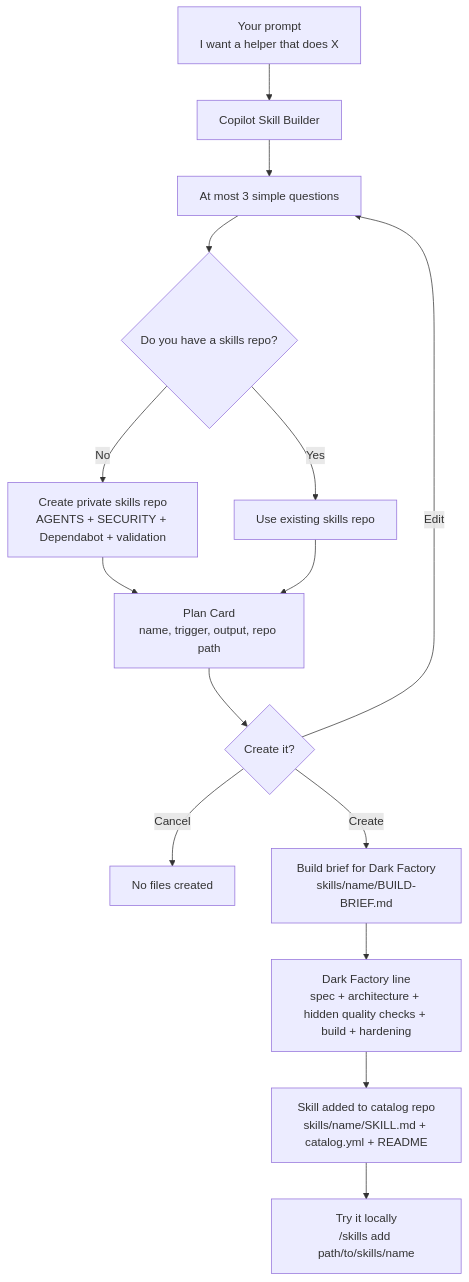
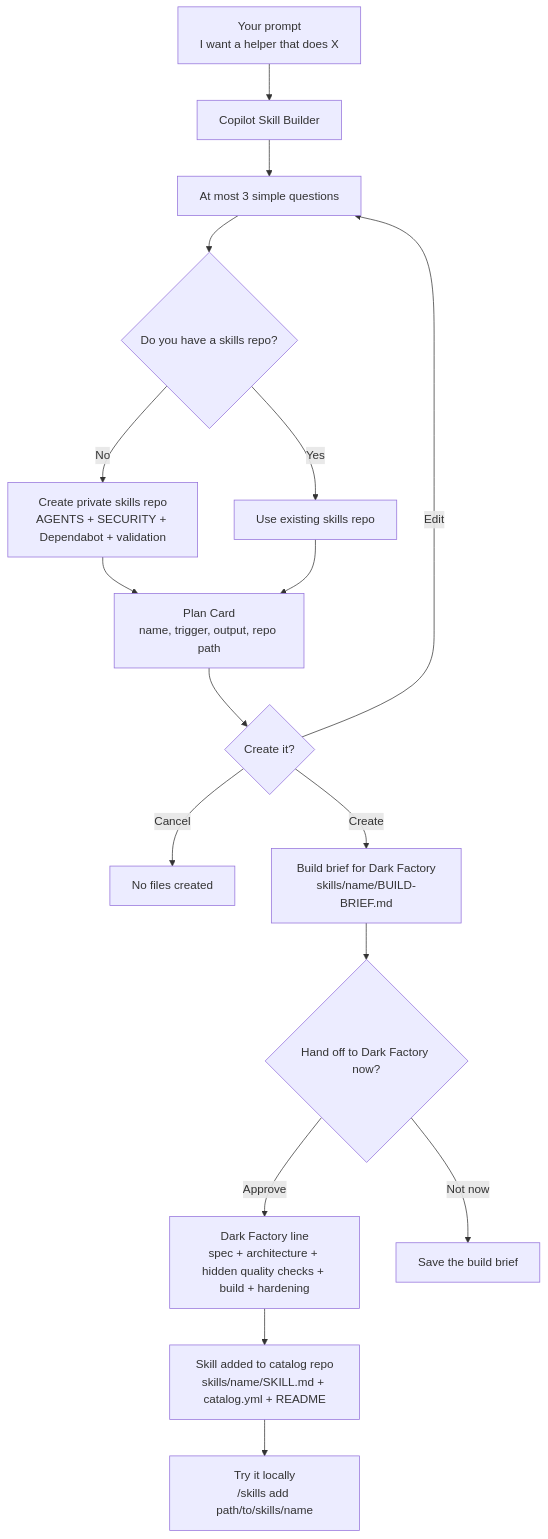
Before and after one commit to DUBSOpenHub/copilot-skill-builder: the diagram in README.md, drawn with Mermaid. The commit also changed other lines of this file and 4 other files, not shown here.

Commit message:
Make Dark Factory handoff seamless

````diff
--- a/README.md
+++ b/README.md
@@ -46,17 +49,19 @@
 ```mermaid
 flowchart TD
     A["Your prompt<br/>I want a helper that does X"] --> B["Copilot Skill Builder"]
     B --> C["At most 3 simple questions"]
     C --> D{"Do you have a skills repo?"}
     D -- No --> E["Create private skills repo<br/>AGENTS + SECURITY + Dependabot + validation"]
     D -- Yes --> F["Use existing skills repo"]
     E --> G["Plan Card<br/>name, trigger, output, repo path"]
     F --> G
     G --> H{"Create it?"}
     H -- Edit --> C
     H -- Cancel --> Z["No files created"]
     H -- Create --> I["Build brief for Dark Factory<br/>skills/name/BUILD-BRIEF.md"]
-    I --> J["Dark Factory line<br/>spec + architecture + hidden quality checks + build + hardening"]
-    J --> K["Skill added to catalog repo<br/>skills/name/SKILL.md + catalog.yml + README"]
-    K --> L["Try it locally<br/>/skills add path/to/skills/name"]
+    I --> J{"Hand off to Dark Factory now?"}
+    J -- Approve --> K["Dark Factory line<br/>spec + architecture + hidden quality checks + build + hardening"]
+    J -- Not now --> M["Save the build brief"]
+    K --> L["Skill added to catalog repo<br/>skills/name/SKILL.md + catalog.yml + README"]
+    L --> N["Try it locally<br/>/skills add path/to/skills/name"]
 ```
````
